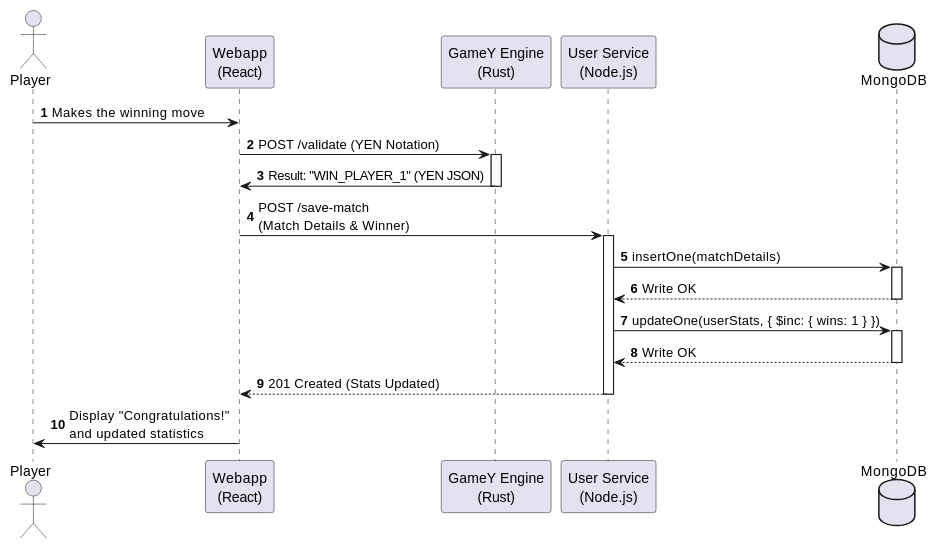
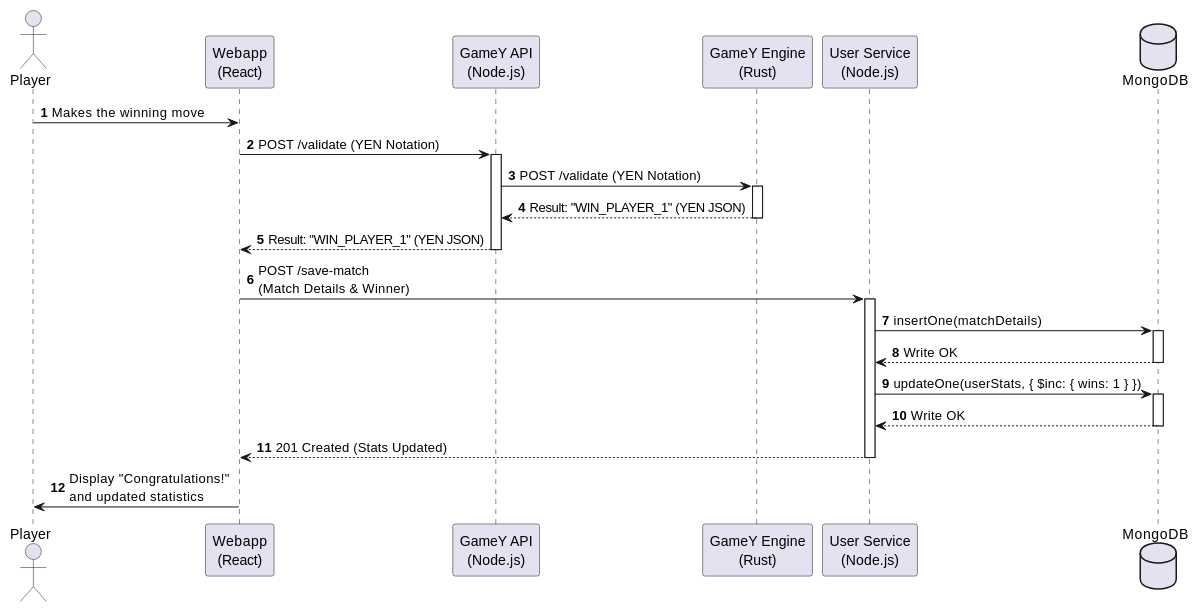
The third of 5 diagrams in docs/src/06_runtime_view.adoc (Arquisoft/yovi_en1a), drawn with PlantUML before and after one commit. The commit also changed other lines of this file, not shown here.

```diff
--- a/docs/src/06_runtime_view.adoc
+++ b/docs/src/06_runtime_view.adoc
@@ -75,34 +87,39 @@
 [plantuml, target="match-conclusion", format="png"]
 ----
 @startuml
 autonumber
 actor "Player" as User
 participant "Webapp\n(React)" as UI
+participant "GameY API\n(Node.js)" as API
 participant "GameY Engine\n(Rust)" as Rust
 participant "User Service\n(Node.js)" as Node
 database "MongoDB" as DB
 
 User -> UI : Makes the winning move
-UI -> Rust : POST /validate (YEN Notation)
+UI -> API : POST /validate (YEN Notation)
+activate API
+API -> Rust : POST /validate (YEN Notation)
 activate Rust
-Rust -> UI : Result: "WIN_PLAYER_1" (YEN JSON)
+Rust --> API : Result: "WIN_PLAYER_1" (YEN JSON)
 deactivate Rust
+API --> UI : Result: "WIN_PLAYER_1" (YEN JSON)
+deactivate API
 
 UI -> Node : POST /save-match \n(Match Details & Winner)
 activate Node
 Node -> DB : insertOne(matchDetails)
 activate DB
 DB --> Node : Write OK
 deactivate DB
 
 Node -> DB : updateOne(userStats, { $inc: { wins: 1 } })
 activate DB
 DB --> Node : Write OK
 deactivate DB
 
 Node --> UI : 201 Created (Stats Updated)
 deactivate Node
 
 UI -> User : Display "Congratulations!" \nand updated statistics
 @enduml
 ----
```
